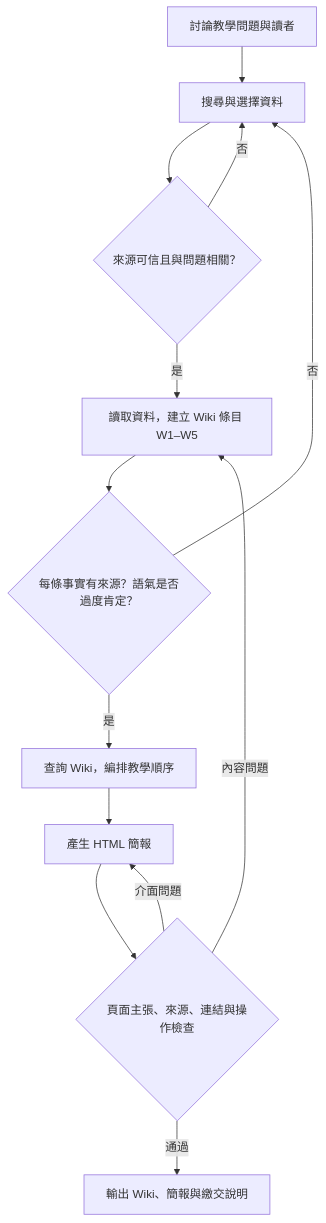
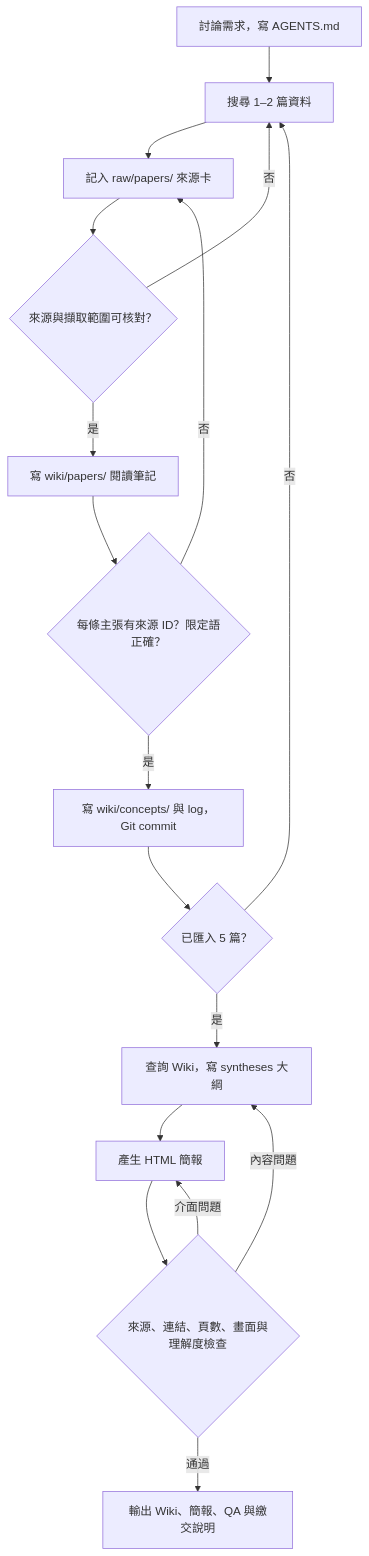
Before and after one commit to peter-owo/week10hw: the diagram in process.md, drawn with Mermaid. The commit also changed other lines of this file and 35 other files, not shown here.

````diff
--- a/process.md
+++ b/process.md
@@ -12,15 +30,19 @@
 ```mermaid
 flowchart TD
-    A[討論教學問題與讀者] --> B[搜尋與選擇資料]
-    B --> C{來源可信且與問題相關？}
-    C -- 否 --> B
-    C -- 是 --> D[讀取資料，建立 Wiki 條目 W1–W5]
-    D --> E{每條事實有來源？語氣是否過度肯定？}
-    E -- 否 --> B
-    E -- 是 --> F[查詢 Wiki，編排教學順序]
-    F --> G[產生 HTML 簡報]
-    G --> H{頁面主張、來源、連結與操作檢查}
-    H -- 內容問題 --> D
-    H -- 介面問題 --> G
-    H -- 通過 --> I[輸出 Wiki、簡報與繳交說明]
+    A[討論需求，寫 AGENTS.md] --> B[搜尋 1–2 篇資料]
+    B --> C[記入 raw/papers/ 來源卡]
+    C --> D{來源與擷取範圍可核對？}
+    D -- 否 --> B
+    D -- 是 --> E[寫 wiki/papers/ 閱讀筆記]
+    E --> F{每條主張有來源 ID？限定語正確？}
+    F -- 否 --> C
+    F -- 是 --> G[寫 wiki/concepts/ 與 log，Git commit]
+    G --> H{已匯入 5 篇？}
+    H -- 否 --> B
+    H -- 是 --> I[查詢 Wiki，寫 syntheses 大綱]
+    I --> J[產生 HTML 簡報]
+    J --> K{來源、連結、頁數、畫面與理解度檢查}
+    K -- 內容問題 --> I
+    K -- 介面問題 --> J
+    K -- 通過 --> L[輸出 Wiki、簡報、QA 與繳交說明]
 ```
````
